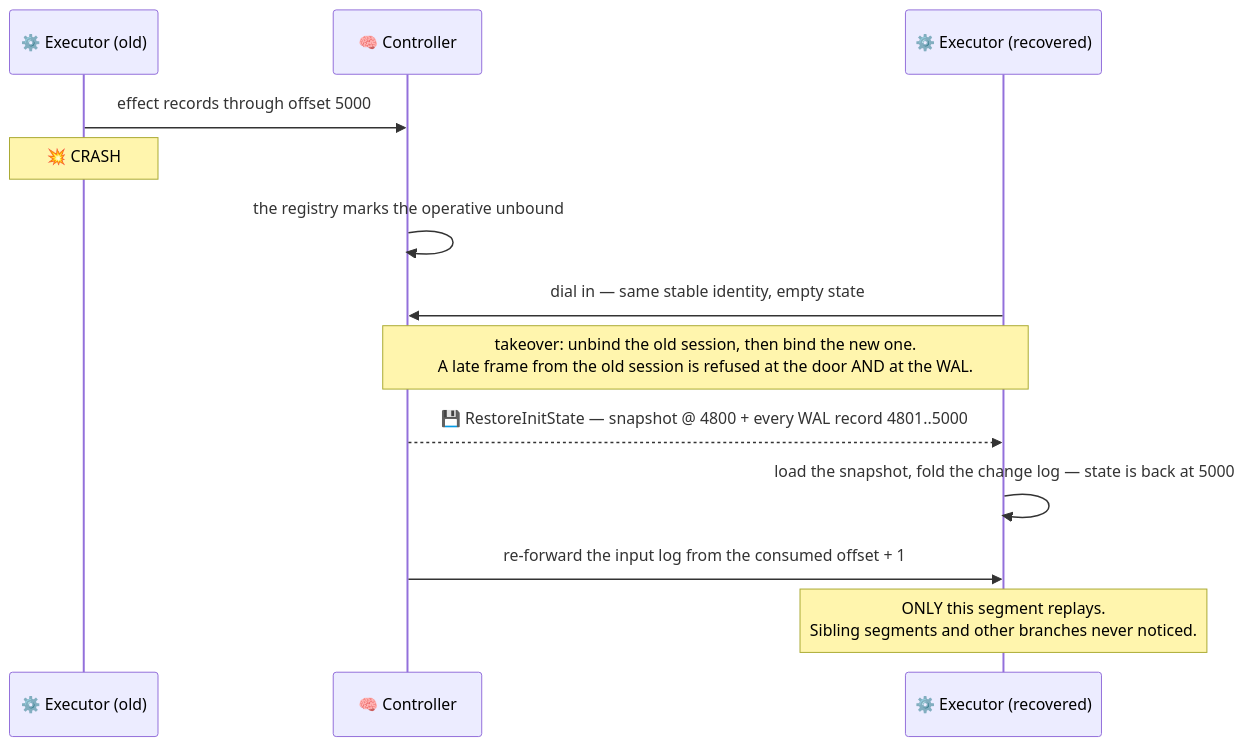
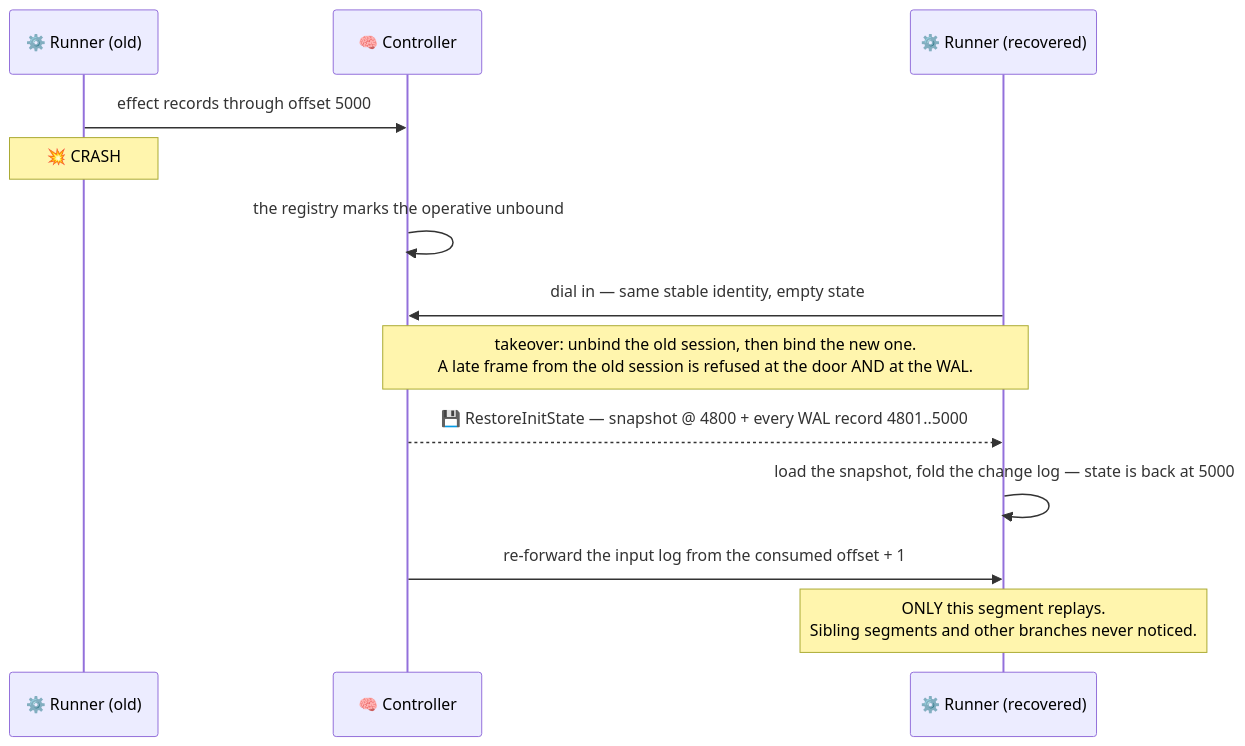
Before and after one commit to Flezha/flezha: the second of 5 diagrams in docs/architecture/unbounded_profile.md, drawn with Mermaid. The commit also changed other lines of this file and 535 other files, not shown here.

````diff
--- a/docs/architecture/unbounded_profile.md
+++ b/docs/architecture/unbounded_profile.md
@@ -61,16 +61,16 @@
 ```mermaid
 sequenceDiagram
-    participant EX as ⚙️ Executor (old)
+    participant EX as ⚙️ Runner (old)
     participant CTRL as 🧠 Controller
-    participant EX2 as ⚙️ Executor (recovered)
+    participant EX2 as ⚙️ Runner (recovered)
 
     EX->>CTRL: effect records through offset 5000
     Note over EX: 💥 CRASH
     CTRL->>CTRL: the registry marks the operative unbound
     EX2->>CTRL: dial in — same stable identity, empty state
     Note over CTRL,EX2: takeover: unbind the old session, then bind the new one.<br/>A late frame from the old session is refused at the door AND at the WAL.
     CTRL-->>EX2: 💾 RestoreInitState — snapshot @ 4800 + every WAL record 4801..5000
     EX2->>EX2: load the snapshot, fold the change log — state is back at 5000
     CTRL->>EX2: re-forward the input log from the consumed offset + 1
     Note over EX2: ONLY this segment replays.<br/>Sibling segments and other branches never noticed.
 ```
````
